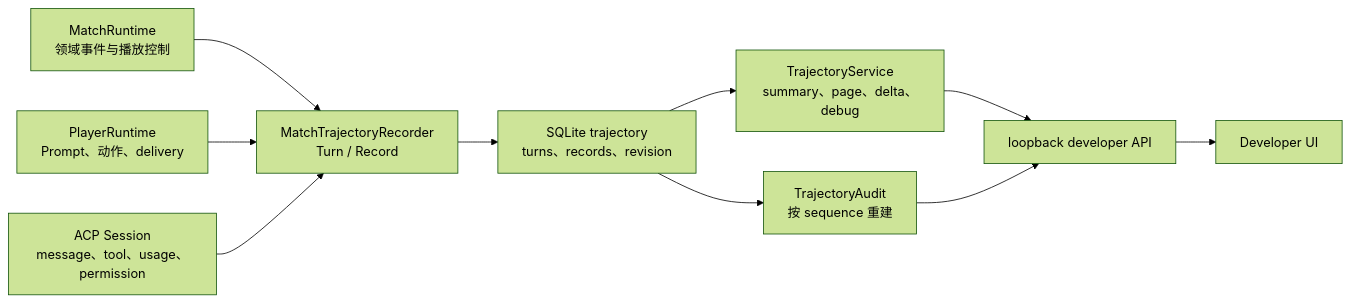
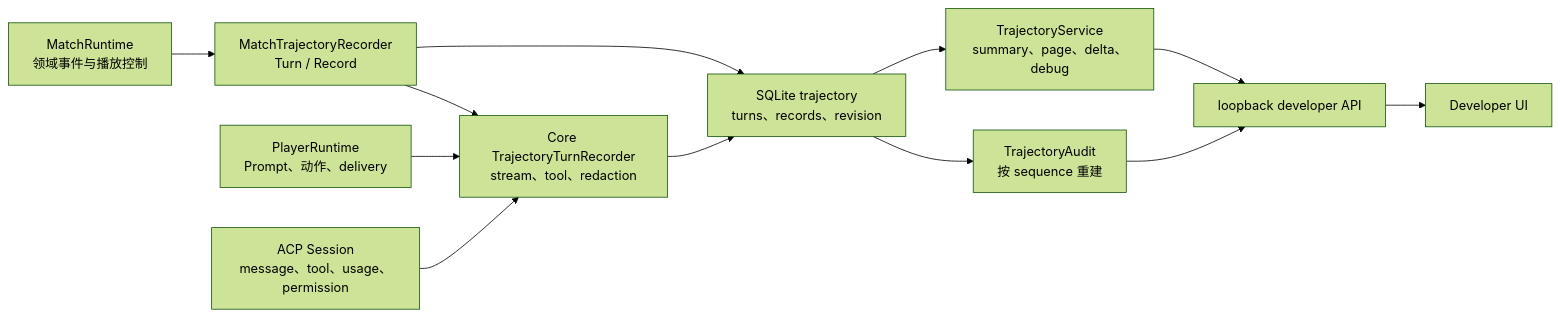
The first of 2 diagrams in docs/architecture/trajectory.md (renewboy/agentwolf), drawn with Mermaid (forest theme) before and after one commit. The commit also changed other lines of this file and 11 other files, not shown here.

Commit message:
refactor: consume agent arena trajectory recorder

````diff
--- a/docs/architecture/trajectory.md
+++ b/docs/architecture/trajectory.md
@@ -27,20 +28,23 @@
 ```mermaid
 flowchart LR
     Match["MatchRuntime<br/>领域事件与播放控制"]
     Player["PlayerRuntime<br/>Prompt、动作、delivery"]
     ACP["ACP Session<br/>message、tool、usage、permission"]
 
     Recorder["MatchTrajectoryRecorder<br/>Turn / Record"]
+    TurnRecorder["Core TrajectoryTurnRecorder<br/>stream、tool、redaction"]
     Store["SQLite trajectory<br/>turns、records、revision"]
     Service["TrajectoryService<br/>summary、page、delta、debug"]
     Audit["TrajectoryAudit<br/>按 sequence 重建"]
     API["loopback developer API"]
     UI["Developer UI"]
 
     Match --> Recorder
-    Player --> Recorder
-    ACP --> Recorder
+    Recorder --> TurnRecorder
+    Player --> TurnRecorder
+    ACP --> TurnRecorder
     Recorder --> Store
+    TurnRecorder --> Store
     Store --> Service --> API --> UI
     Store --> Audit --> API
 ```
````
